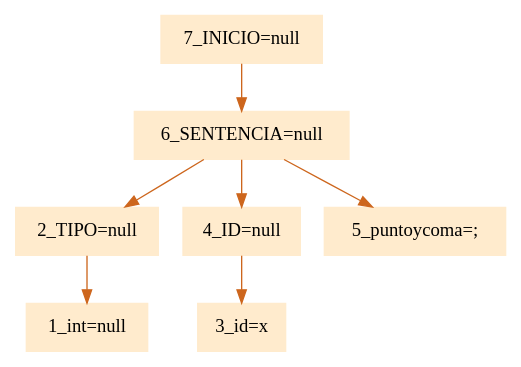
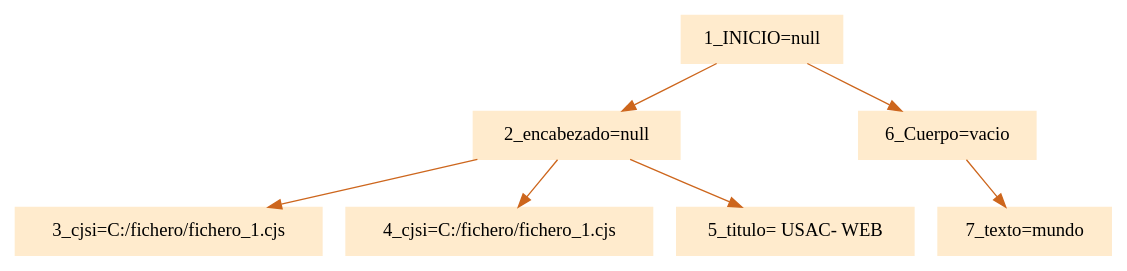
The diagram in proye1_compi2018/arbol.dot (JamesMelgar/Proye1_Compi2018), drawn with Graphviz before and after one commit. The commit also changed 12 other files, not shown here.

```diff
--- a/proye1_compi2018/arbol.dot
+++ b/proye1_compi2018/arbol.dot
@@ -1,5 +1,5 @@
 digraph G {node[shape=box, style=filled, color=blanchedalmond]; edge[color=chocolate3];rankdir=UD 
 
-"7_INICIO=null"->"6_SENTENCIA=null""6_SENTENCIA=null"->"2_TIPO=null""2_TIPO=null"->"1_int=null""6_SENTENCIA=null"->"4_ID=null""4_ID=null"->"3_id=x""6_SENTENCIA=null"->"5_puntoycoma=;"
+"1_INICIO=null"->"2_encabezado=null""2_encabezado=null"->"3_cjsi=C:/fichero/fichero_1.cjs""2_encabezado=null"->"4_cjsi=C:/fichero/fichero_1.cjs""2_encabezado=null"->"5_titulo= USAC- WEB ""1_INICIO=null"->"6_Cuerpo=vacio""6_Cuerpo=vacio"->"7_texto=mundo"
 
 }
```
